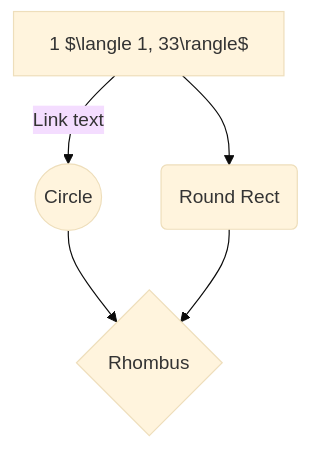
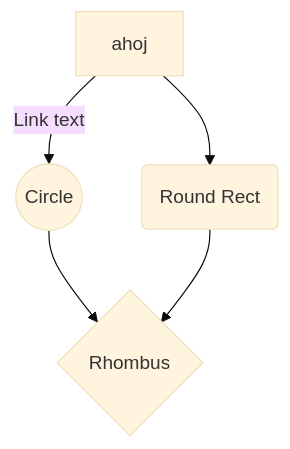
The diagram in clanek.md (chazzka/clanekforest), drawn with Mermaid (base theme) before and after one commit. The commit also changed other lines of this file, not shown here.

````diff
--- a/clanek.md
+++ b/clanek.md
@@ -243,7 +243,7 @@
 ```mermaid
 graph TB
-A[1 $\langle 1, 33\rangle$ ] -- Link text --> B((Circle))
+A[ ahoj] -- Link text --> B((Circle))
 A --> C(Round Rect)
 B --> D{Rhombus}
 C --> D
 ```
````
